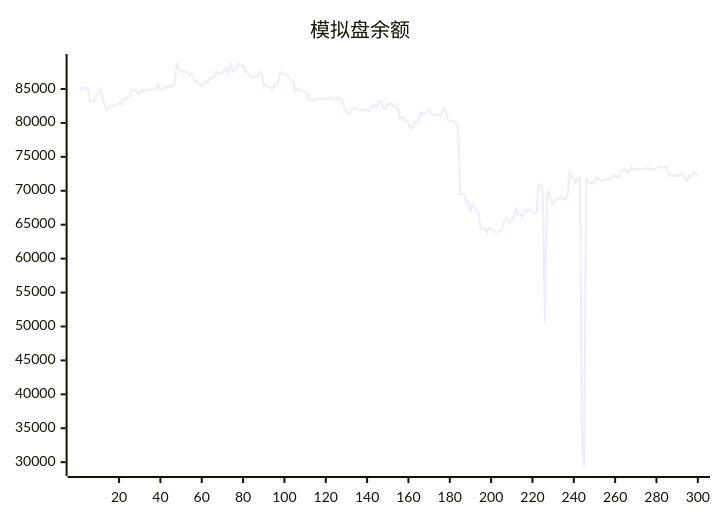
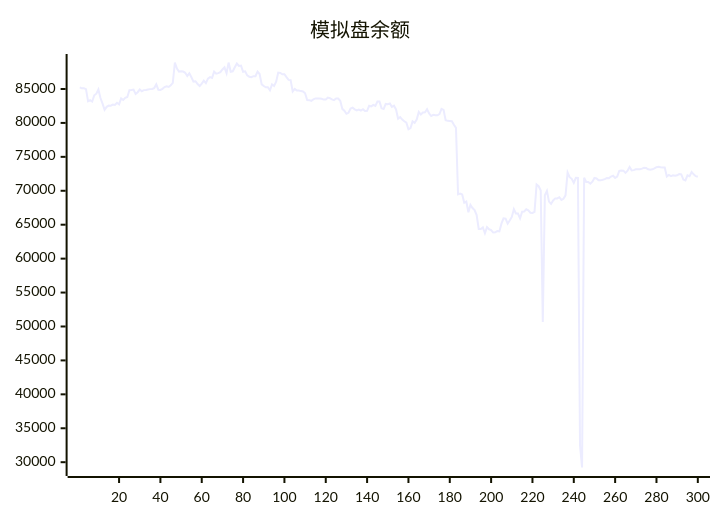
One commit to aahl/ai-trading changed the diagram in README.md. Above: the diagram before and after it, drawn with Mermaid. The commit also changed other lines of this file and 1 other file, not shown here.

````diff
--- a/README.md
+++ b/README.md
@@ -5,5 +5,5 @@
 ```mermaid
 xychart
     title "模拟盘余额"
-    line [84500,85234,85096,85095,84970,83180,83338,83157,84070,84309,84922,83667,82850,81924,82369,82552,82539,82695,82648,82962,82728,83619,83378,83710,83825,84819,84854,84917,84265,84527,84919,84668,84834,84850,84916,84981,85004,85131,85674,84891,84864,85019,85284,85393,85294,85538,85894,88904,88012,87567,87625,87568,87386,86920,87313,86737,86094,86143,85725,85437,85787,86219,85859,86526,86740,86630,87563,87264,87335,87483,87886,88180,87335,88894,87544,87608,88207,88755,88401,88444,87543,87608,87000,86810,86740,86894,86884,87576,87209,85686,85435,85251,85255,84820,85689,85453,86066,87420,87373,87161,87178,86740,86341,86315,84643,85012,84772,84768,84690,84635,84376,83360,83357,83259,83474,83608,83606,83602,83548,83440,83454,83724,83644,83464,83365,83590,83592,83275,82072,81806,81344,81492,82109,82254,82006,81848,81955,81829,82022,81769,81776,82522,82441,82656,82498,83144,83144,82150,82038,82797,82763,82872,82367,82536,81981,80612,80862,80484,80242,80034,79063,79245,80226,80016,80507,81625,81233,81544,81578,82016,81401,81019,81186,81130,81118,81306,82066,81909,80392,80304,80291,80258,79729,79261,69466,69579,69456,68251,68415,66832,67911,67462,67144,66432,64380,64375,64606,63740,64647,64324,64216,63842,63877,64078,64008,65156,65945,65888,65157,65625,66144,67284,66653,66639,65924,66925,66956,67263,67108,66766,66729,66886,70927,70673,70049,50652,69334,69973,68400,68061,68578,68876,68879,69055,68662,68822,69329,72687,71999,71760,71162,71911,71896,32500,29218,71927,71297,71305,71044,71337,71883,71822,71536,71536,71622,71723,71880,71860,72100,72216,71887,72077,72940,72976,72966,72638,72948,73497,73004,73041,73173,73160,73186,73258,73375,73351,73173,73098,73161,73305,73474,73536,73457,73413,73412,72100,72333,72164,72272,72204,72285,72461,72421,71652,71521,72267,72157,72774,72424,72144]
+    line [85234,85096,85095,84970,83180,83338,83157,84070,84309,84922,83667,82850,81924,82369,82552,82539,82695,82648,82962,82728,83619,83378,83710,83825,84819,84854,84917,84265,84527,84919,84668,84834,84850,84916,84981,85004,85131,85674,84891,84864,85019,85284,85393,85294,85538,85894,88904,88012,87567,87625,87568,87386,86920,87313,86737,86094,86143,85725,85437,85787,86219,85859,86526,86740,86630,87563,87264,87335,87483,87886,88180,87335,88894,87544,87608,88207,88755,88401,88444,87543,87608,87000,86810,86740,86894,86884,87576,87209,85686,85435,85251,85255,84820,85689,85453,86066,87420,87373,87161,87178,86740,86341,86315,84643,85012,84772,84768,84690,84635,84376,83360,83357,83259,83474,83608,83606,83602,83548,83440,83454,83724,83644,83464,83365,83590,83592,83275,82072,81806,81344,81492,82109,82254,82006,81848,81955,81829,82022,81769,81776,82522,82441,82656,82498,83144,83144,82150,82038,82797,82763,82872,82367,82536,81981,80612,80862,80484,80242,80034,79063,79245,80226,80016,80507,81625,81233,81544,81578,82016,81401,81019,81186,81130,81118,81306,82066,81909,80392,80304,80291,80258,79729,79261,69466,69579,69456,68251,68415,66832,67911,67462,67144,66432,64380,64375,64606,63740,64647,64324,64216,63842,63877,64078,64008,65156,65945,65888,65157,65625,66144,67284,66653,66639,65924,66925,66956,67263,67108,66766,66729,66886,70927,70673,70049,50652,69334,69973,68400,68061,68578,68876,68879,69055,68662,68822,69329,72687,71999,71760,71162,71911,71896,32500,29218,71927,71297,71305,71044,71337,71883,71822,71536,71536,71622,71723,71880,71860,72100,72216,71887,72077,72940,72976,72966,72638,72948,73497,73004,73041,73173,73160,73186,73258,73375,73351,73173,73098,73161,73305,73474,73536,73457,73413,73412,72100,72333,72164,72272,72204,72285,72461,72421,71652,71521,72267,72157,72774,72424,72144,72060]
 ```
````
